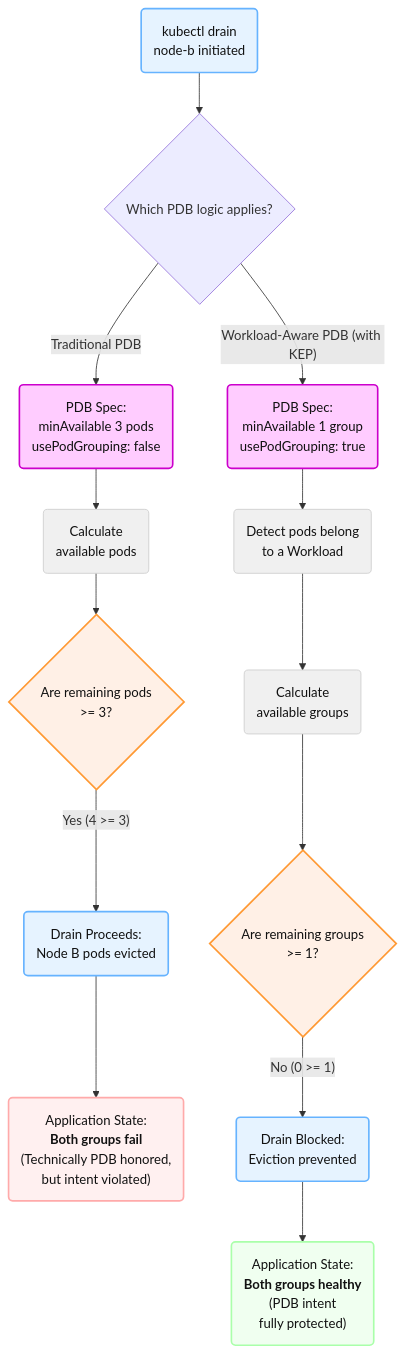
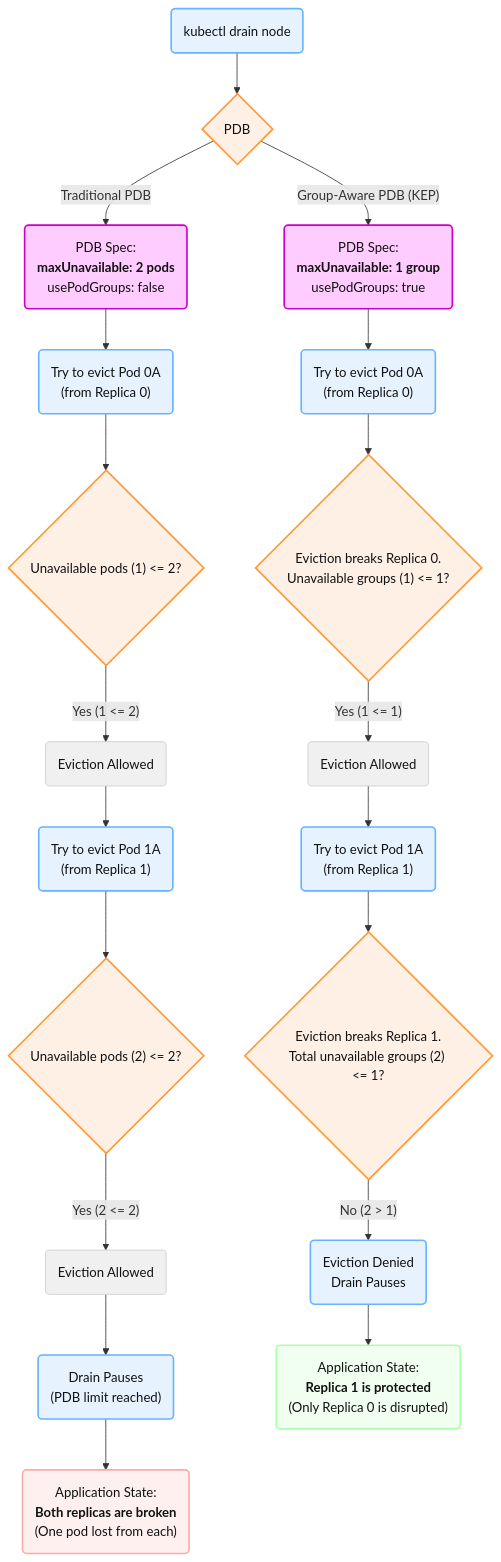
One commit to kubernetes/enhancements changed the second of 3 diagrams in keps/sig-apps/draft-20251010-multipod-pdb/README.md. Above: the diagram before and after it, drawn with Mermaid. The commit also changed other lines of this file, not shown here.

````diff
--- a/keps/sig-apps/draft-20251010-multipod-pdb/README.md
+++ b/keps/sig-apps/draft-20251010-multipod-pdb/README.md
@@ -375,50 +334,70 @@
 ```mermaid
 graph TD
     %% Define Styles for Flowchart Diagram
     classDef action fill:#e6f3ff,stroke:#66b3ff,stroke-width:2px,color:#111
     classDef decision fill:#fff0e6,stroke:#ff9933,stroke-width:2px,color:#111
     classDef pdb_spec fill:#ffccff,stroke:#cc00cc,stroke-width:2px,color:#111
     classDef outcome_bad fill:#fff0f0,stroke:#ffaaaa,stroke-width:2px,color:#111
     classDef outcome_good fill:#f0fff0,stroke:#aaffaa,stroke-width:2px,color:#111
     classDef process fill:#f0f0f0,stroke:#ccc,color:#111
 
-    StartDrain("kubectl drain<br/>node-b initiated")
+    %% --- Start ---
+    StartDrain("kubectl drain node")
     class StartDrain action
 
-    StartDrain --> PDB_Type{Which PDB logic applies?}
+    StartDrain --> PDB_Type{"PDB"}
+    class PDB_Type decision
 
-    PDB_Type -- "Traditional PDB" --> PDB_Old(PDB Spec:<br/>minAvailable 3 pods<br/>usePodGrouping: false)
+    %% --- Path 1: Traditional PDB ---
+    PDB_Type -- "Traditional PDB" --> PDB_Old(PDB Spec:<br/><b>maxUnavailable: 2 pods</b><br/>usePodGroups: false)
     class PDB_Old pdb_spec
+    
+    PDB_Old --> TryEvictP0A("Try to evict Pod 0A<br/>(from Replica 0)")
+    class TryEvictP0A action
 
-    PDB_Type -- "Workload-Aware PDB (with KEP)" --> PDB_New(PDB Spec:<br/>minAvailable 1 group<br/>usePodGrouping: true)
+    TryEvictP0A --> CheckPods1{"Unavailable pods (1) <= 2?"}
+    class CheckPods1 decision
+
+    CheckPods1 -- "Yes (1 <= 2)" --> EvictP0A("Eviction Allowed")
+    class EvictP0A process
+
+    EvictP0A --> TryEvictP1A("Try to evict Pod 1A<br/>(from Replica 1)")
+    class TryEvictP1A action
+
+    TryEvictP1A --> CheckPods2{"Unavailable pods (2) <= 2?"}
+    class CheckPods2 decision
+
+    CheckPods2 -- "Yes (2 <= 2)" --> EvictP1A("Eviction Allowed")
+    class EvictP1A process
+
+    EvictP1A --> DrainStops("Drain Pauses<br/>(PDB limit reached)")
+    class DrainStops action
+
+    DrainStops --> AppDown("Application State:<br/><b>Both replicas are broken</b><br/>(One pod lost from each)")
+    class AppDown outcome_bad
+
+    %% --- Path 2: Group-Aware PDB (KEP) ---
+    PDB_Type -- "Group-Aware PDB (KEP)" --> PDB_New(PDB Spec:<br/><b>maxUnavailable: 1 group</b><br/>usePodGroups: true)
     class PDB_New pdb_spec
 
-    %% --- Traditional PDB Flow ---
-    PDB_Old --> CalcPods(Calculate<br/>available pods)
-    class CalcPods process
+    PDB_New --> TryEvictP0A_New("Try to evict Pod 0A<br/>(from Replica 0)")
+    class TryEvictP0A_New action
 
-    CalcPods --> CheckPods{Are remaining pods<br/>>= 3?}
-    class CheckPods decision
+    TryEvictP0A_New --> CheckGroups1{"Eviction breaks Replica 0.<br/>Unavailable groups (1) <= 1?"}
+    class CheckGroups1 decision
 
-    CheckPods -- "Yes (4 >= 3)" --> DrainSuccess("Drain Proceeds:<br/>Node B pods evicted")
-    class DrainSuccess action
+    CheckGroups1 -- "Yes (1 <= 1)" --> EvictR0("Eviction Allowed")
+    class EvictR0 process
 
-    DrainSuccess --> AppDown("Application State:<br/><b>Both groups fail</b><br/>(Technically PDB honored,<br/>but intent violated)")
-    class AppDown outcome_bad
+    EvictR0 --> TryEvictP1A_New("Try to evict Pod 1A<br/>(from Replica 1)")
+    class TryEvictP1A_New action
 
-    %% --- Multipod PDB Flow ---
-    PDB_New --> DetectGroups(Detect pods belong<br/>to a Workload)
-    class DetectGroups process
+    TryEvictP1A_New --> CheckGroups2{"Eviction breaks Replica 1.<br/>Total unavailable groups (2) <= 1?"}
+    class CheckGroups2 decision
 
-    DetectGroups --> CalcReplicas(Calculate<br/>available groups)
-    class CalcReplicas process
+    CheckGroups2 -- "No (2 > 1)" --> EvictP1A_Denied("Eviction Denied<br/>Drain Pauses")
+    class EvictP1A_Denied action
 
-    CalcReplicas --> CheckReplicas{Are remaining groups<br/>>= 1?}
-    class CheckReplicas decision
-
-    CheckReplicas -- "No (0 >= 1)" --> DrainBlocked("Drain Blocked:<br/>Eviction prevented")
-    class DrainBlocked action
-
-    DrainBlocked --> AppHealthy("Application State:<br/><b>Both groups healthy</b><br/>(PDB intent<br/>fully protected)")
+    EvictP1A_Denied --> AppHealthy("Application State:<br/><b>Replica 1 is protected</b><br/>(Only Replica 0 is disrupted)")
     class AppHealthy outcome_good
 ```
````
